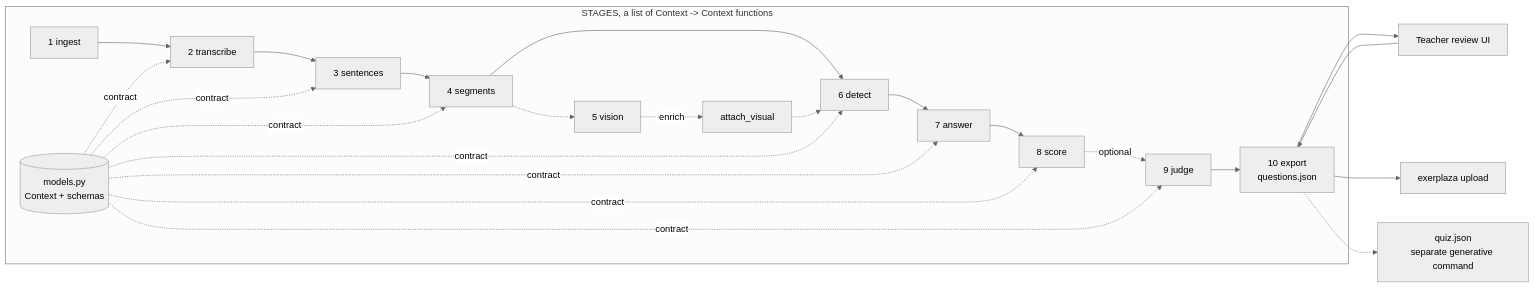
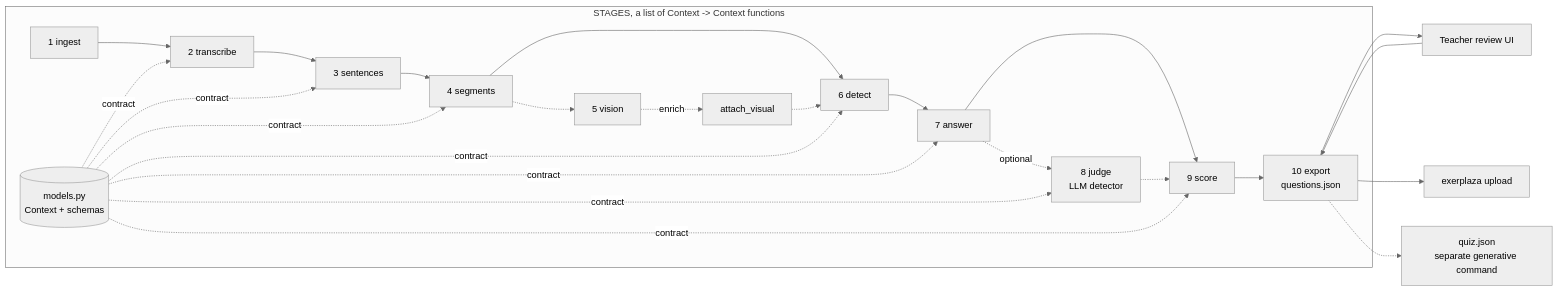
One commit to mad201802/QuestXtract changed the diagram in docs/design_decisions.md. Above: the diagram before and after it, drawn with Mermaid (neutral theme). The commit also changed other lines of this file and 22 other files, not shown here.

Commit message:
feat: let an LLM pick the questions with --detector llm (#88) (#90)

````diff
--- a/docs/design_decisions.md
+++ b/docs/design_decisions.md
@@ -40,21 +40,22 @@
 ```mermaid
 flowchart LR
     subgraph questxtract["STAGES, a list of Context -> Context functions"]
         I[1 ingest] --> T[2 transcribe]
         T --> S[3 sentences]
         S --> G[4 segments]
         G --> D[6 detect]
         G -.-> V[5 vision]
         V -.enrich.-> AV[attach_visual]
         AV -.-> D
         D --> AN[7 answer]
-        AN --> SC[8 score]
-        SC -.optional.-> J[9 judge]
-        J --> E[10 export<br>questions.json]
+        AN --> SC[9 score]
+        AN -.optional.-> J[8 judge<br>LLM detector]
+        J -.-> SC
+        SC --> E[10 export<br>questions.json]
         M[(models.py<br>Context + schemas)] -. contract .-> T & S & G & D & AN & SC & J
     end
     E --> UI[Teacher review UI]
     UI --> E
     E --> EX[exerplaza upload]
     E -.-> Q[quiz.json<br>separate generative command]
 ```
````
